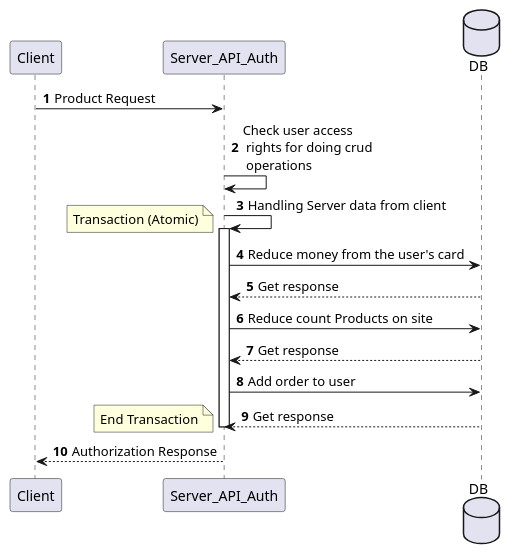
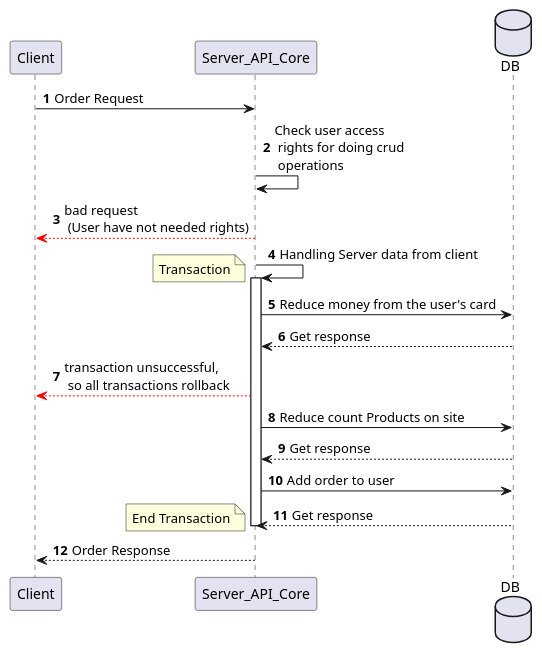
The diagram in book-house-server/src/main/resources/sequence/diagramSequenceCreateOrder.puml (dima666Sik/book-house), drawn with PlantUML before and after one commit. The commit also changed 6 other files, not shown here.

Commit message:
change some diagram.

```diff
--- a/book-house-server/src/main/resources/sequence/diagramSequenceCreateOrder.puml
+++ b/book-house-server/src/main/resources/sequence/diagramSequenceCreateOrder.puml
@@ -1,23 +1,26 @@
 @startuml
 'https://plantuml.com/sequence-diagram
 
 autonumber
     'Authorization
-     Client -> Server_API_Auth: Product Request
-     Server_API_Auth -> Server_API_Auth : Check user access\n rights for doing crud\n operations
-     Server_API_Auth -> Server_API_Auth : Handling Server data from client
+     Client -> Server_API_Core: Order Request
+     Server_API_Core -> Server_API_Core : Check user access\n rights for doing crud\n operations
+      Client <-[#red]- Server_API_Core: bad request\n (User have not needed rights)
+     Server_API_Core -> Server_API_Core : Handling Server data from client
 
      database DB as DB
-     note left : Transaction (Atomic)
-     activate Server_API_Auth
-     Server_API_Auth -> DB:Reduce money from the user's card
-     Server_API_Auth <-- DB:Get response
-     Server_API_Auth -> DB:Reduce count Products on site
-     Server_API_Auth <-- DB:Get response
-     Server_API_Auth -> DB:Add order to user
-     Server_API_Auth <-- DB:Get response
+     note left : Transaction
+     activate Server_API_Core
+     Server_API_Core -> DB:Reduce money from the user's card
+     Server_API_Core <-- DB:Get response
+     Client <-[#red]- Server_API_Core: transaction unsuccessful,\n so all transactions rollback
+     Server_API_Core -> DB:Reduce count Products on site
+     Server_API_Core <-- DB:Get response
+     Server_API_Core -> DB:Add order to user
+     Server_API_Core <-- DB:Get response
+
     note left : End Transaction
-     deactivate Server_API_Auth
-     Client <-- Server_API_Auth: Authorization Response
+     deactivate Server_API_Core
+     Client <-- Server_API_Core: Order Response
 
 @enduml
```
